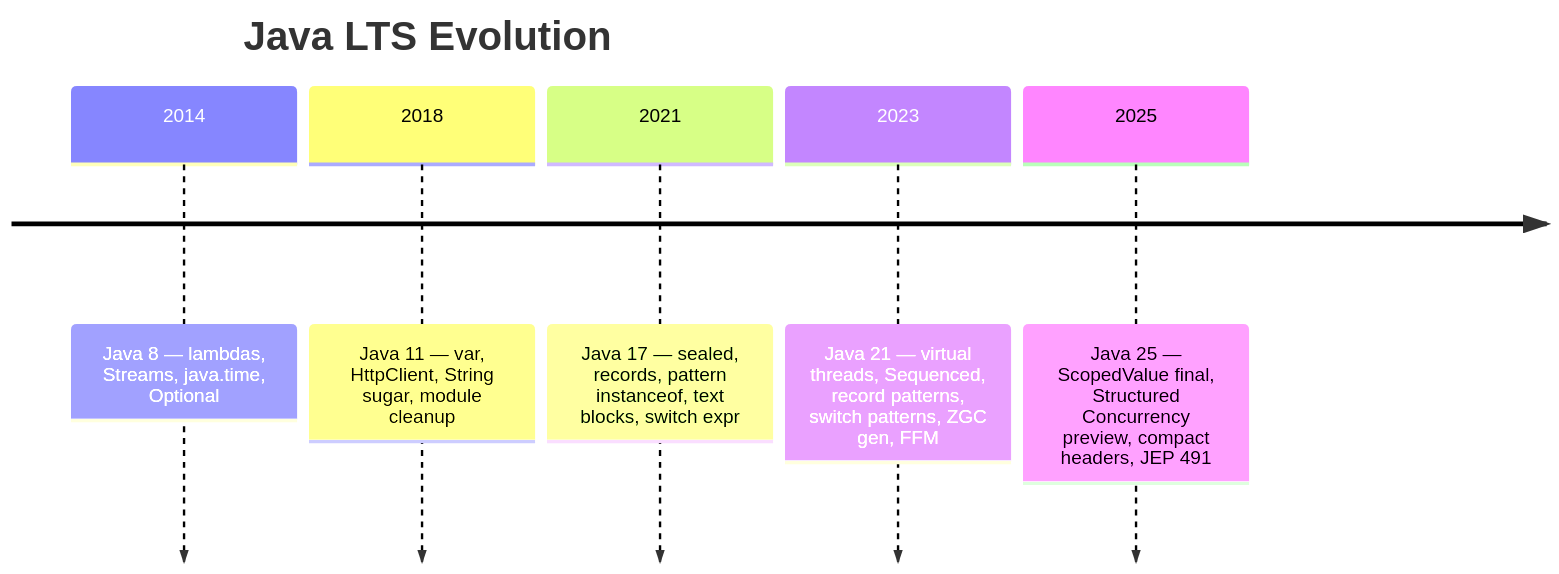
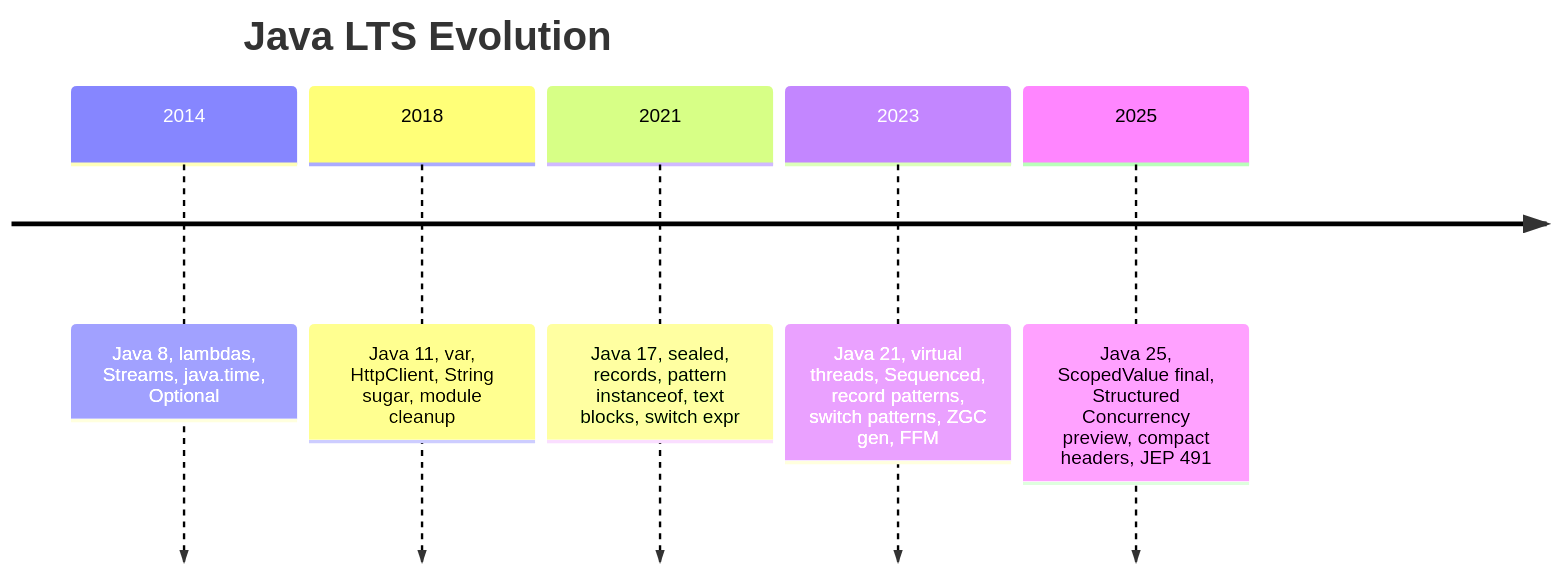
One commit to kotiansukesh/Engineering-Knowledge-System changed the second of 2 diagrams in Java/00_Java-25-Overview/LTS Evolution 8 to 25.md. Above: the diagram before and after it, drawn with Mermaid. The commit also changed other lines of this file and 442 other files, not shown here.

First line of the commit message:
Restructure vault: link fixes, unified template, expanded content, mermaid/fence repairs

````diff
--- a/Java/00_Java-25-Overview/LTS Evolution 8 to 25.md
+++ b/Java/00_Java-25-Overview/LTS Evolution 8 to 25.md
@@ -15,9 +136,9 @@
 ```mermaid
 timeline
-  title Java LTS Evolution
-  2014 : Java 8 — lambdas, Streams, java.time, Optional
-  2018 : Java 11 — var, HttpClient, String sugar, module cleanup
-  2021 : Java 17 — sealed, records, pattern instanceof, text blocks, switch expr
-  2023 : Java 21 — virtual threads, Sequenced, record patterns, switch patterns, ZGC gen, FFM
-  2025 : Java 25 — ScopedValue final, Structured Concurrency preview, compact headers, JEP 491
+ title Java LTS Evolution
+ 2014 : Java 8, lambdas, Streams, java.time, Optional
+ 2018 : Java 11, var, HttpClient, String sugar, module cleanup
+ 2021 : Java 17, sealed, records, pattern instanceof, text blocks, switch expr
+ 2023 : Java 21, virtual threads, Sequenced, record patterns, switch patterns, ZGC gen, FFM
+ 2025 : Java 25, ScopedValue final, Structured Concurrency preview, compact headers, JEP 491
 ```
````
